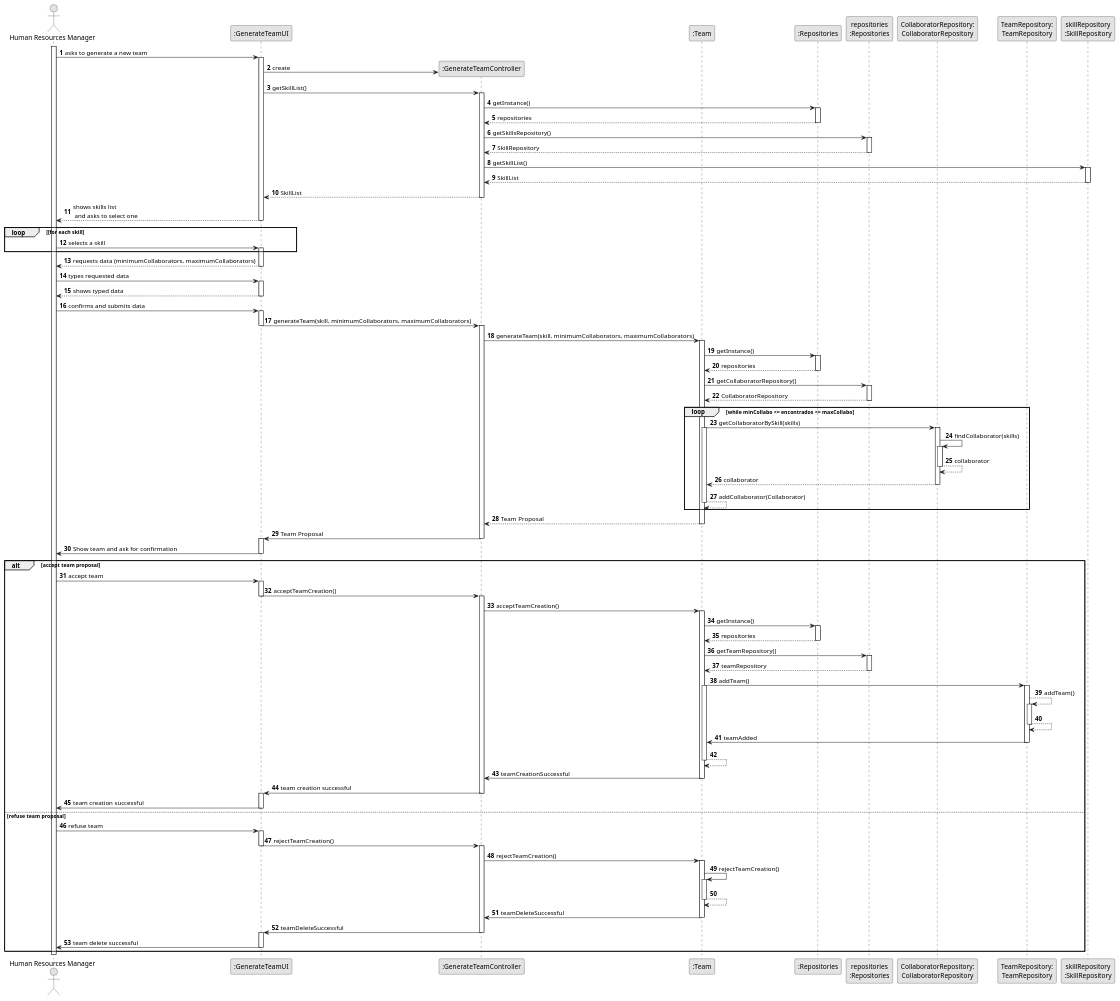
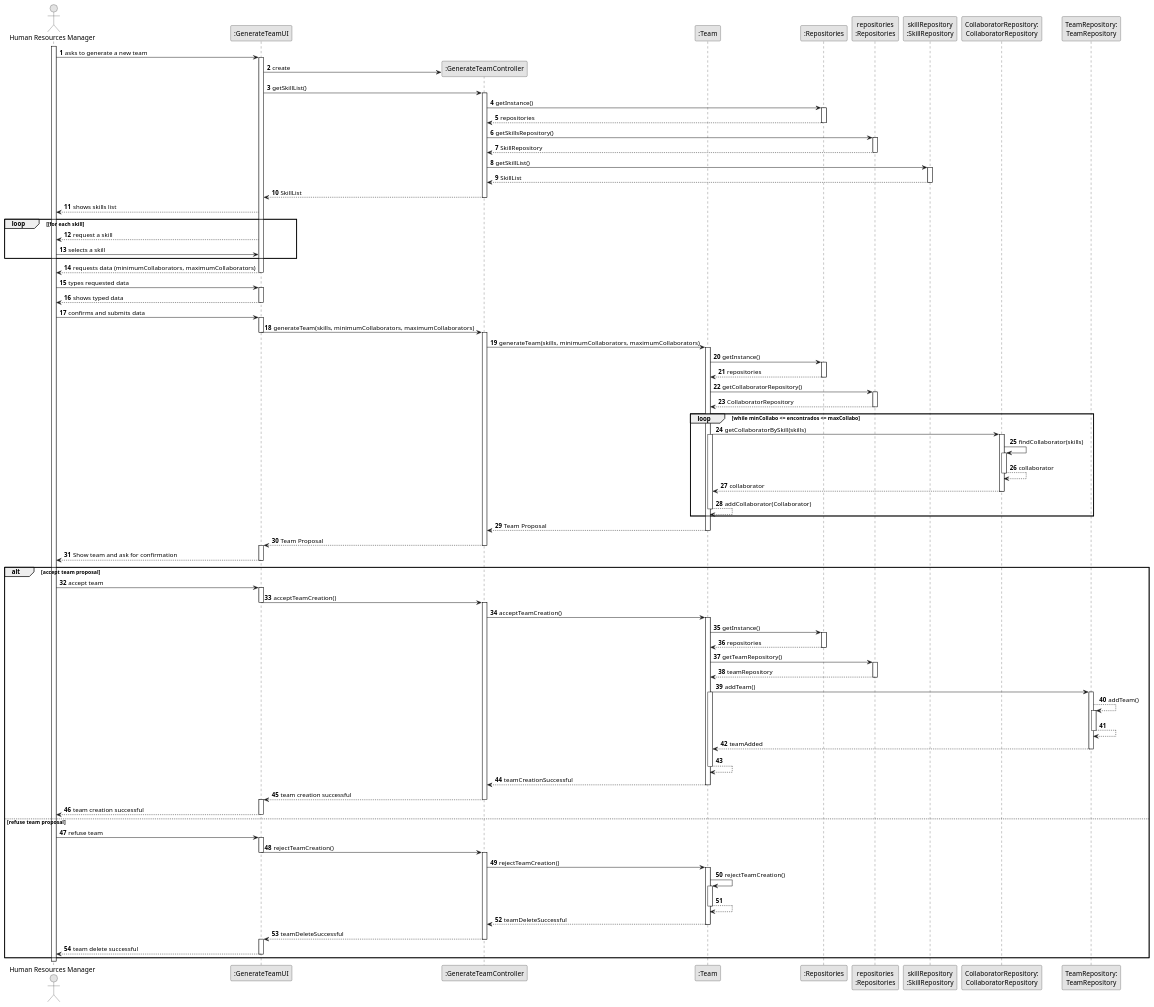
One commit to SAEmanuel/Green_Spaces_Management_ISEP changed the diagram in docs/sprintB/us005/03.design/puml/us005-sequence-diagram-full.puml. Above: the diagram before and after it, drawn with PlantUML.

Commit message:
US005 Design v2.7.1

```diff
--- a/docs/sprintB/us005/03.design/puml/us005-sequence-diagram-full.puml
+++ b/docs/sprintB/us005/03.design/puml/us005-sequence-diagram-full.puml
@@ -12,9 +12,9 @@
 participant ":Team" as Team
 participant ":Repositories" as RepositorySingleton
 participant "repositories\n:Repositories" as PLAT
+participant "skillRepository\n:SkillRepository" as SkillRepository
 participant "CollaboratorRepository:\nCollaboratorRepository" as CollaboratorRepository
 participant "TeamRepository:\nTeamRepository" as TeamRepository
-participant "skillRepository\n:SkillRepository" as SkillRepository
 
 
 activate HRM
@@ -50,12 +50,12 @@
                 CTRL --> UI : SkillList
             deactivate CTRL
 
-            UI --> HRM : shows skills list\n and asks to select one
-        deactivate UI
+            UI --> HRM : shows skills list
+    loop [for each skill
+            UI --> HRM : request a skill
 
-    loop [for each skill
         HRM -> UI : selects a skill
-        activate UI
+
     end
 
             UI --> HRM : requests data (minimumCollaborators, maximumCollaborators)
@@ -73,12 +73,12 @@
     HRM -> UI : confirms and submits data
     activate UI
 
-        UI -> CTRL : generateTeam(skill, minimumCollaborators, maximumCollaborators)
+        UI -> CTRL : generateTeam(skills, minimumCollaborators, maximumCollaborators)
         deactivate UI
 
         activate CTRL
 
-            CTRL -> Team : generateTeam(skill, minimumCollaborators, maximumCollaborators)
+            CTRL -> Team : generateTeam(skills, minimumCollaborators, maximumCollaborators)
 
         activate Team
 
@@ -125,12 +125,12 @@
 
 
 
-            CTRL -> UI : Team Proposal
+            CTRL --> UI : Team Proposal
             deactivate CTRL
 
         activate UI
 
-            UI -> HRM: Show team and ask for confirmation
+            UI --> HRM: Show team and ask for confirmation
             deactivate UI
             alt accept team proposal
 
@@ -171,18 +171,18 @@
 
 
 
-                    TeamRepository -> Team : teamAdded
+                    TeamRepository --> Team : teamAdded
                     deactivate TeamRepository
                     Team --> Team
                     deactivate Team
 
-                Team -> CTRL : teamCreationSuccessful
+                Team --> CTRL : teamCreationSuccessful
                     deactivate Team
-                CTRL -> UI : team creation successful
+                CTRL --> UI : team creation successful
                 deactivate CTRL
                 activate UI
 
-                UI -> HRM : team creation successful
+                UI --> HRM : team creation successful
                 deactivate UI
             else refuse team proposal
                HRM -> UI : refuse team
@@ -201,13 +201,13 @@
                Team --> Team
                deactivate Team
 
-               Team -> CTRL : teamDeleteSuccessful
+               Team --> CTRL : teamDeleteSuccessful
                deactivate Team
-               CTRL -> UI : teamDeleteSuccessful
+               CTRL --> UI : teamDeleteSuccessful
                deactivate CTRL
                activate UI
 
-               UI -> HRM : team delete successful
+               UI --> HRM : team delete successful
                deactivate UI
             end
     deactivate UI
```
